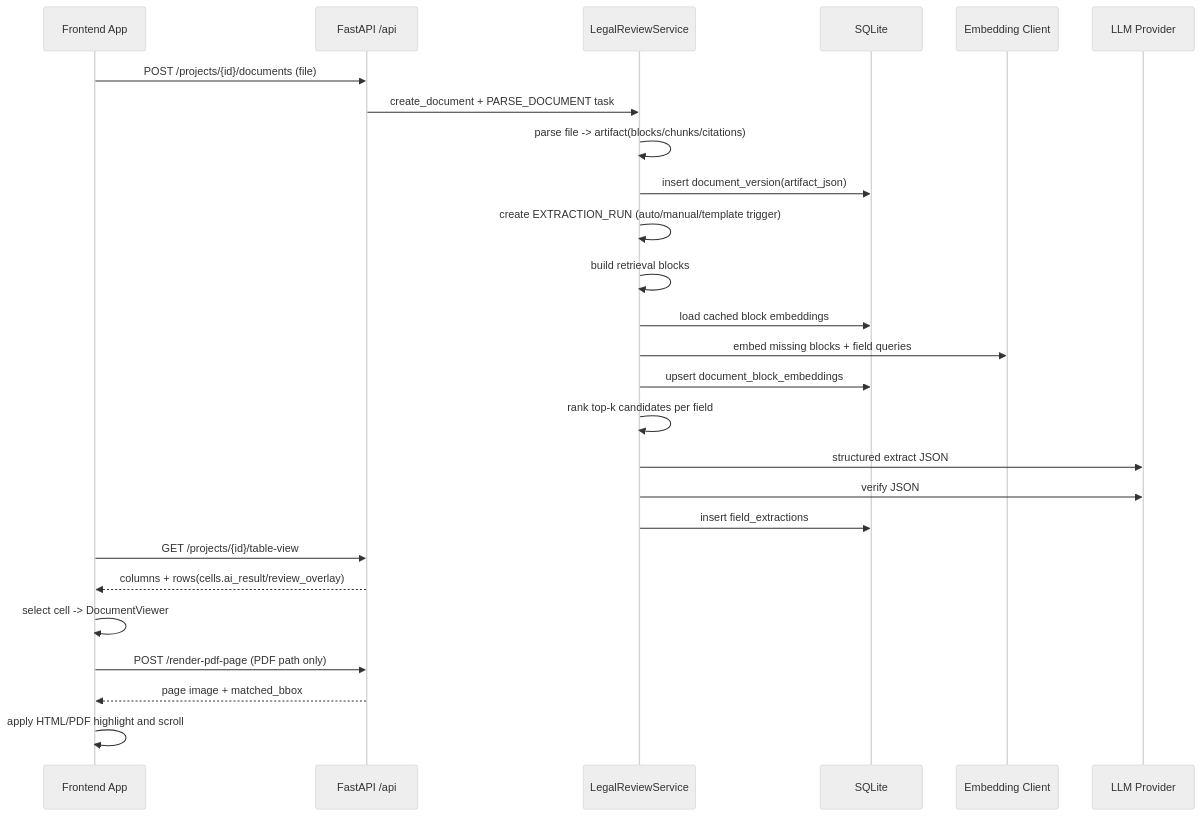
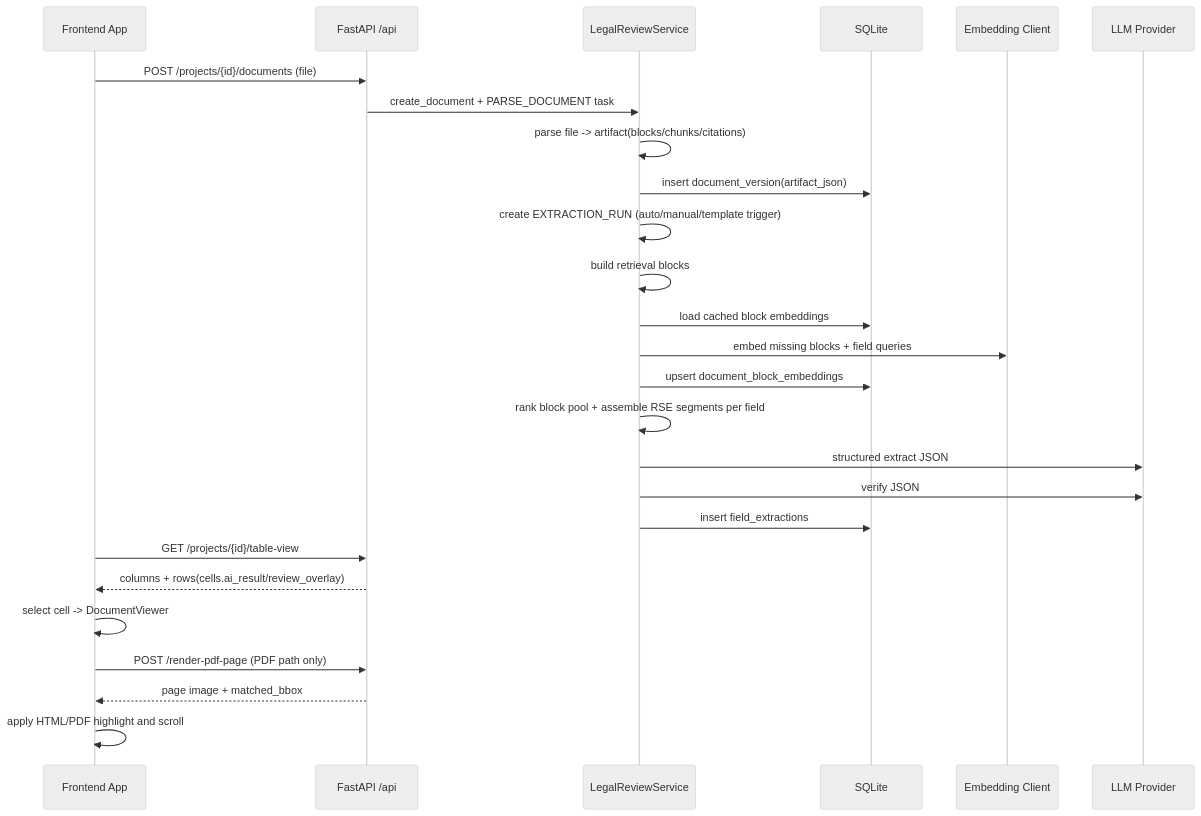
One commit to NahinNilav/ClauseGrid changed the diagram in docs/Architecture.md. Above: the diagram before and after it, drawn with Mermaid (neutral theme). The commit also changed other lines of this file and 5 other files, not shown here.

````diff
--- a/docs/Architecture.md
+++ b/docs/Architecture.md
@@ -220,29 +222,29 @@
 ```mermaid
 sequenceDiagram
     participant UI as Frontend App
     participant API as FastAPI /api
     participant SVC as LegalReviewService
     participant DB as SQLite
     participant EMB as Embedding Client
     participant LLM as LLM Provider
 
     UI->>API: POST /projects/{id}/documents (file)
     API->>SVC: create_document + PARSE_DOCUMENT task
     SVC->>SVC: parse file -> artifact(blocks/chunks/citations)
     SVC->>DB: insert document_version(artifact_json)
     SVC->>SVC: create EXTRACTION_RUN (auto/manual/template trigger)
     SVC->>SVC: build retrieval blocks
     SVC->>DB: load cached block embeddings
     SVC->>EMB: embed missing blocks + field queries
     SVC->>DB: upsert document_block_embeddings
-    SVC->>SVC: rank top-k candidates per field
+    SVC->>SVC: rank block pool + assemble RSE segments per field
     SVC->>LLM: structured extract JSON
     SVC->>LLM: verify JSON
     SVC->>DB: insert field_extractions
     UI->>API: GET /projects/{id}/table-view
     API-->>UI: columns + rows(cells.ai_result/review_overlay)
     UI->>UI: select cell -> DocumentViewer
     UI->>API: POST /render-pdf-page (PDF path only)
     API-->>UI: page image + matched_bbox
     UI->>UI: apply HTML/PDF highlight and scroll
 ```
````
